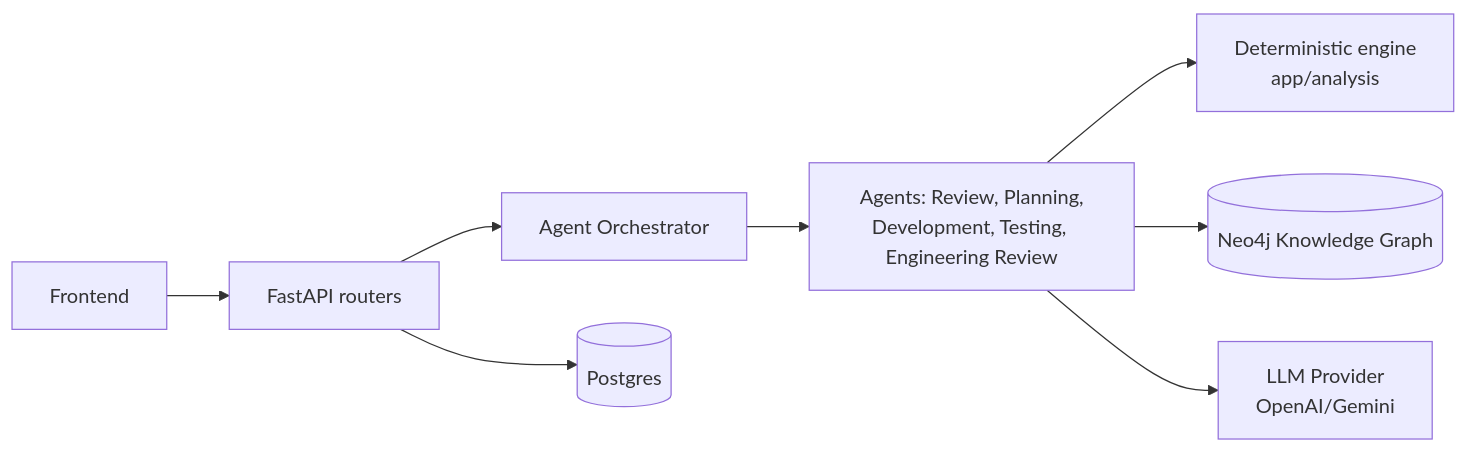
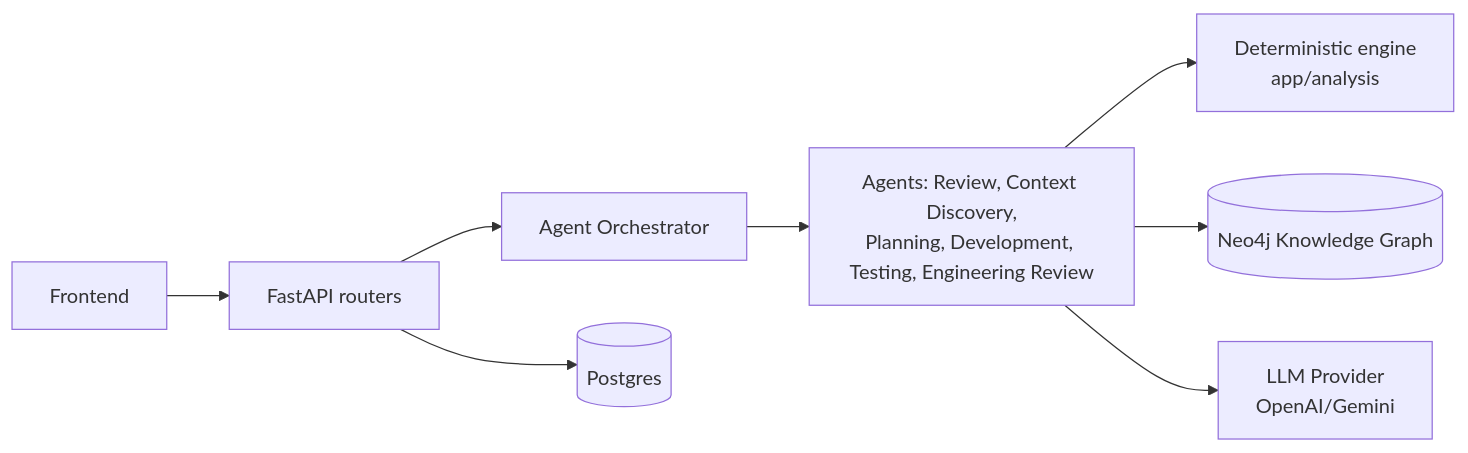
The diagram in docs/DEVELOPER_ONBOARDING.md (sasikumars-cyb/GraphForge), drawn with Mermaid before and after one commit. The commit also changed other lines of this file and 26 other files, not shown here.

First line of the commit message:
feat: add Context Discovery as a first-class workflow stage

````diff
--- a/docs/DEVELOPER_ONBOARDING.md
+++ b/docs/DEVELOPER_ONBOARDING.md
@@ -15,10 +15,10 @@
 ```mermaid
 graph LR
     UI[Frontend] --> API[FastAPI routers]
     API --> ORCH[Agent Orchestrator]
-    ORCH --> AGENTS[Agents: Review, Planning,<br/>Development, Testing, Engineering Review]
+    ORCH --> AGENTS[Agents: Review, Context Discovery,<br/>Planning, Development, Testing, Engineering Review]
     AGENTS --> DET[Deterministic engine<br/>app/analysis]
     AGENTS --> KG[(Neo4j Knowledge Graph)]
     AGENTS --> LLM[LLM Provider<br/>OpenAI/Gemini]
     API --> PG[(Postgres)]
 ```
````
